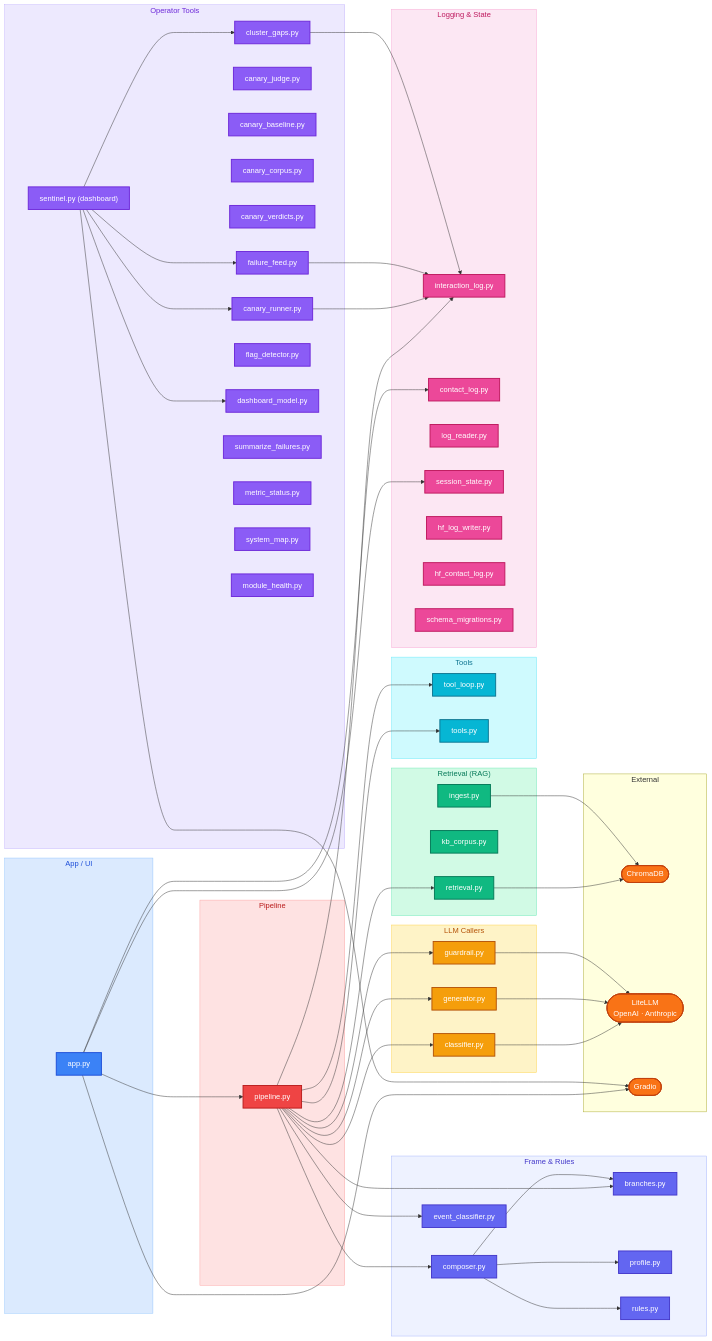
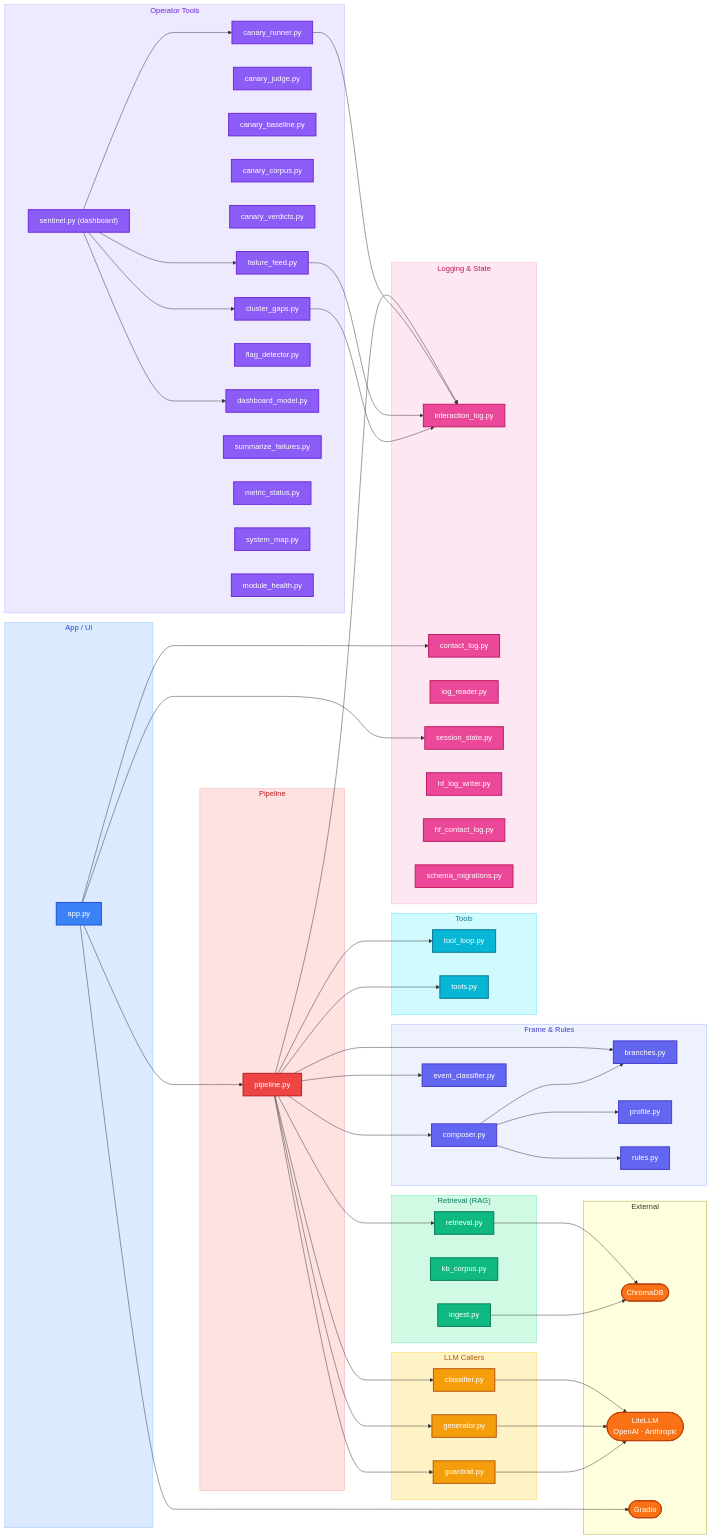
The second of 2 diagrams in README.md (AlejandroFuentePinero/digital-twin), drawn with Mermaid before and after one commit. The commit also changed other lines of this file and 22 other files, not shown here.

```diff
--- a/README.md
+++ b/README.md
@@ -176,7 +176,6 @@
   sentinel --> failure_feed
   sentinel --> cluster_gaps
   sentinel --> canary_runner
-  sentinel --> ext_gradio
   canary_runner --> interaction_log
   failure_feed --> interaction_log
   cluster_gaps --> interaction_log
```
